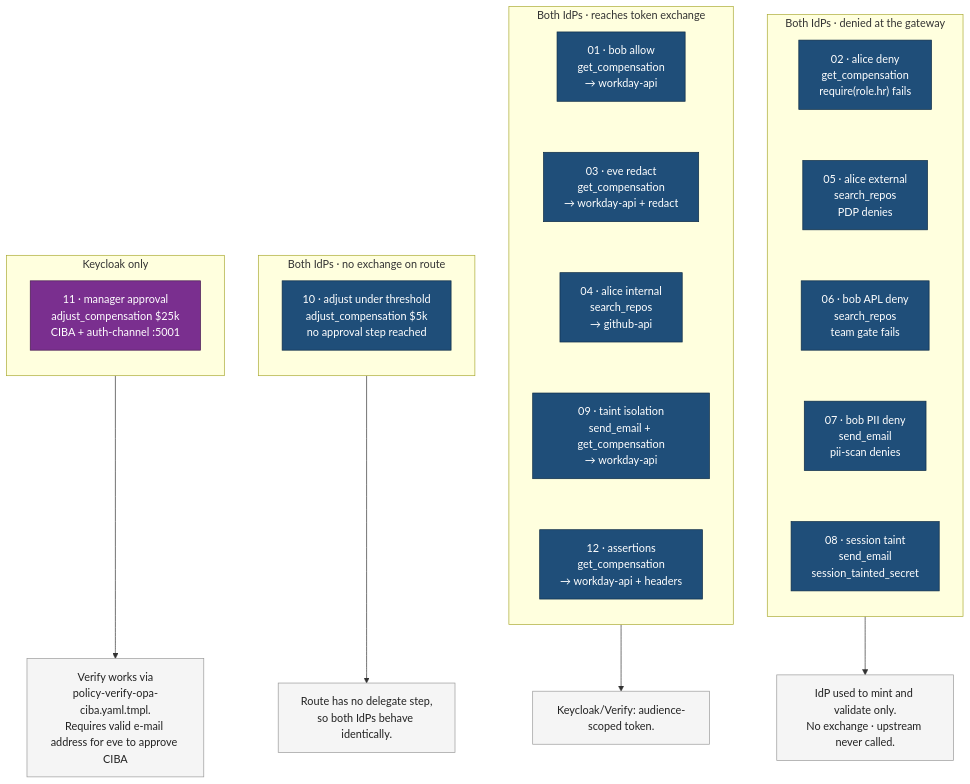
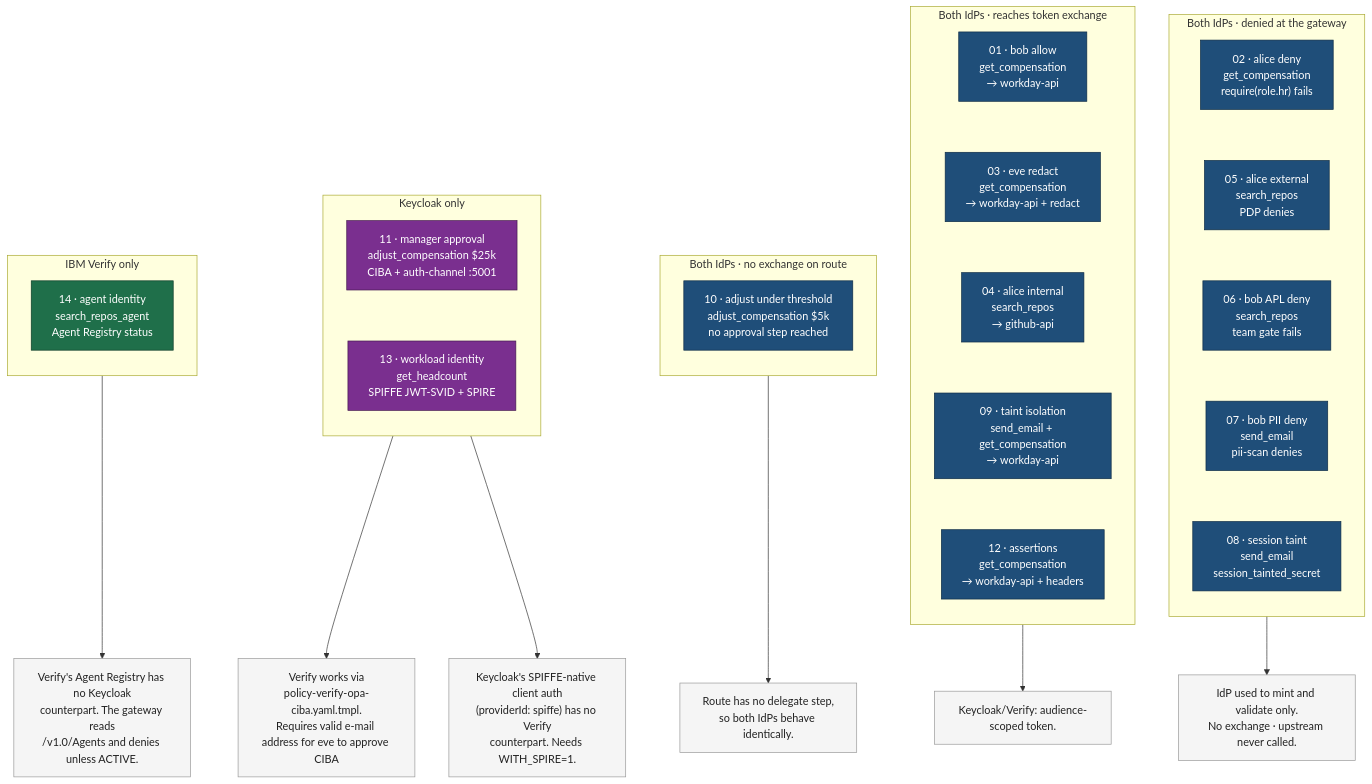
One commit to praxis-proxy/demos changed the second of 2 diagrams in demos/policy-engine/docs/idp-usage-by-scenario.md. Above: the diagram before and after it, drawn with Mermaid. The commit also changed other lines of this file and 25 other files, not shown here.

````diff
--- a/demos/policy-engine/docs/idp-usage-by-scenario.md
+++ b/demos/policy-engine/docs/idp-usage-by-scenario.md
@@ -55,49 +55,62 @@
 ```mermaid
 flowchart TB
     subgraph A["Both IdPs · denied at the gateway"]
         direction TB
         S02["02 · alice deny<br/>get_compensation<br/>require(role.hr) fails"]
         S05["05 · alice external<br/>search_repos<br/>PDP denies"]
         S06["06 · bob APL deny<br/>search_repos<br/>team gate fails"]
         S07["07 · bob PII deny<br/>send_email<br/>pii-scan denies"]
         S08["08 · session taint<br/>send_email<br/>session_tainted_secret"]
         S02 ~~~ S05 ~~~ S06 ~~~ S07 ~~~ S08
     end
 
     subgraph B["Both IdPs · reaches token exchange"]
         direction TB
         S01["01 · bob allow<br/>get_compensation<br/>→ workday-api"]
         S03["03 · eve redact<br/>get_compensation<br/>→ workday-api + redact"]
         S04["04 · alice internal<br/>search_repos<br/>→ github-api"]
         S09["09 · taint isolation<br/>send_email + get_compensation<br/>→ workday-api"]
         S12["12 · assertions<br/>get_compensation<br/>→ workday-api + headers"]
         S01 ~~~ S03 ~~~ S04 ~~~ S09 ~~~ S12
     end
 
     subgraph C["Both IdPs · no exchange on route"]
         direction TB
         S10["10 · adjust under threshold<br/>adjust_compensation $5k<br/>no approval step reached"]
     end
 
     subgraph D["Keycloak only"]
         direction TB
         S11["11 · manager approval<br/>adjust_compensation $25k<br/>CIBA + auth-channel :5001"]
+        S13["13 · workload identity<br/>get_headcount<br/>SPIFFE JWT-SVID + SPIRE"]
+        S11 ~~~ S13
+    end
+
+    subgraph E["IBM Verify only"]
+        direction TB
+        S14["14 · agent identity<br/>search_repos_agent<br/>Agent Registry status"]
     end
 
     NA["IdP used to mint and validate only.<br/>No exchange · upstream never called."]
     NB["Keycloak/Verify: audience-scoped token."]
     NC["Route has no delegate step,<br/>so both IdPs behave identically."]
     ND["Verify works via<br/>policy-verify-opa-ciba.yaml.tmpl.<br/>Requires valid e-mail address for eve to approve CIBA"]
+    NE["Keycloak's SPIFFE-native client auth<br/>(providerId: spiffe) has no Verify<br/>counterpart. Needs WITH_SPIRE=1."]
+    NF["Verify's Agent Registry has no Keycloak<br/>counterpart. The gateway reads<br/>/v1.0/Agents and denies unless ACTIVE."]
 
     S08 --> NA
     S12 --> NB
     S10 --> NC
     S11 --> ND
+    S13 --> NE
+    S14 --> NF
 
     classDef both fill:#1f4e79,stroke:#0d2b45,color:#fff
     classDef kconly fill:#7a2f8f,stroke:#45194f,color:#fff
+    classDef iv fill:#1f6f4a,stroke:#0d3b27,color:#fff
     classDef note fill:#f5f5f5,stroke:#999,color:#222
     class S01,S02,S03,S04,S05,S06,S07,S08,S09,S10,S12 both
-    class S11 kconly
-    class NA,NB,NC,ND note
+    class S11,S13 kconly
+    class S14 iv
+    class NA,NB,NC,ND,NE,NF note
 ```
````
